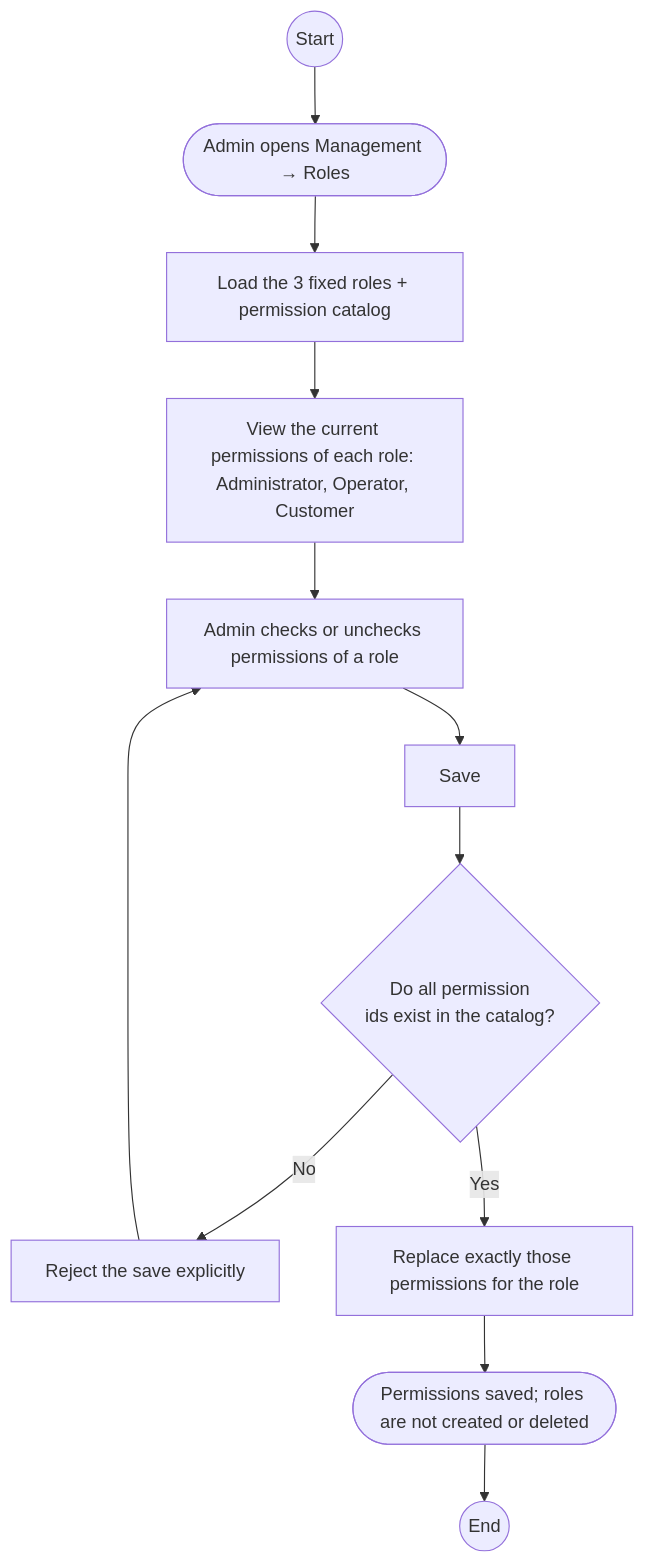
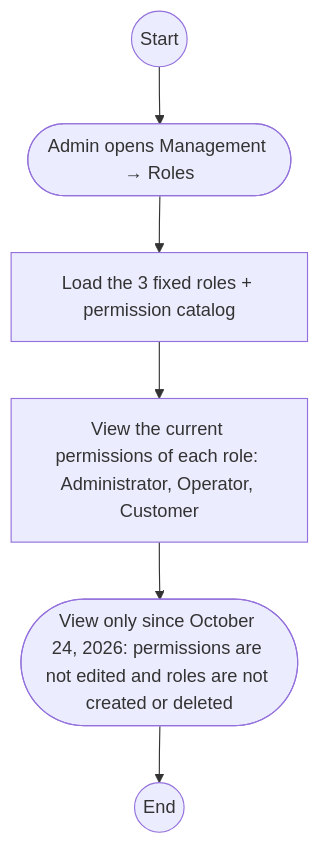
Before and after one commit to BrayanCABRERA123/lavarapido-docs: diagram 20 of 26 in 02_DOCUMENTACION_DE_ANALISIS_DEL_SOFTWARE/EN/MD/software-analysis-documentation.md, drawn with Mermaid. The commit also changed other lines of this file and 1 other file, not shown here.

Commit message:
docs(analysis): show the read-only permission matrix and drop the removed scheduled-booking expiry

````diff
--- a/02_DOCUMENTACION_DE_ANALISIS_DEL_SOFTWARE/EN/MD/software-analysis-documentation.md
+++ b/02_DOCUMENTACION_DE_ANALISIS_DEL_SOFTWARE/EN/MD/software-analysis-documentation.md
@@ -821,14 +814,8 @@
 ```mermaid
 flowchart TD
     start0((Start)) --> start
     start([Admin opens Management → Roles]) --> load[Load the 3 fixed roles + permission catalog]
     load --> view[View the current permissions of each role: Administrator, Operator, Customer]
-    view --> edit[Admin checks or unchecks permissions of a role]
-    edit --> save[Save]
-    save --> valid{Do all permission<br/>ids exist in the catalog?}
-    valid -->|No| reject[Reject the save explicitly]
-    reject --> edit
-    valid -->|Yes| replace[Replace exactly those permissions for the role]
-    replace --> stop([Permissions saved; roles are not created or deleted])
+    view --> stop([View only since October 24, 2026: permissions are not edited and roles are not created or deleted])
     stop --> stopx((End))
 ```
````
